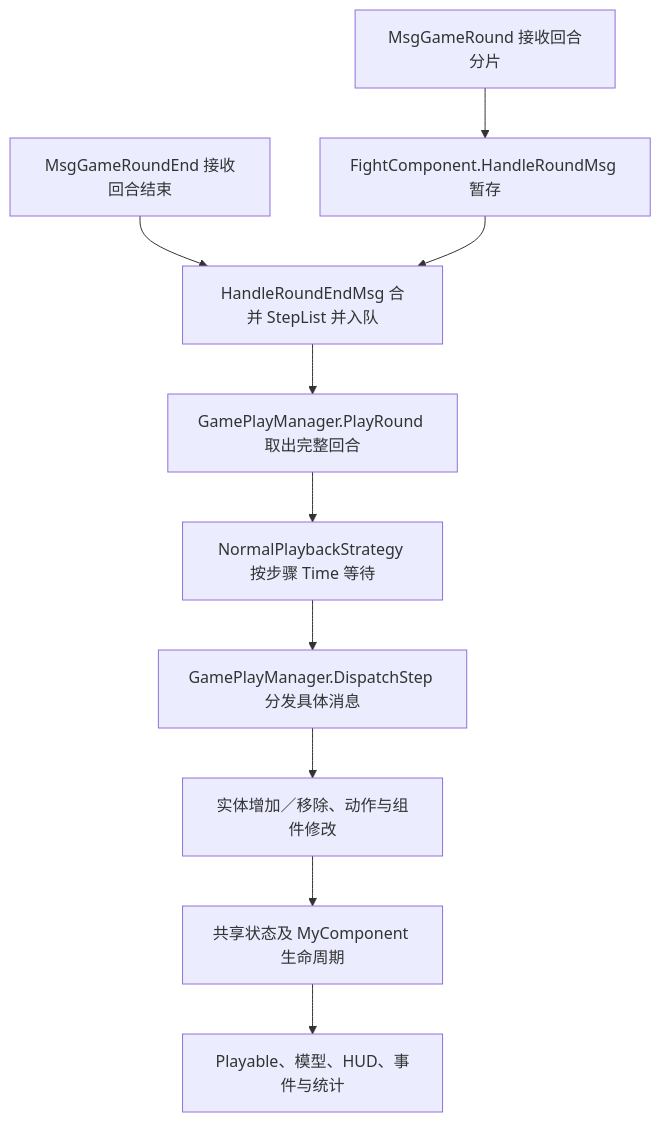
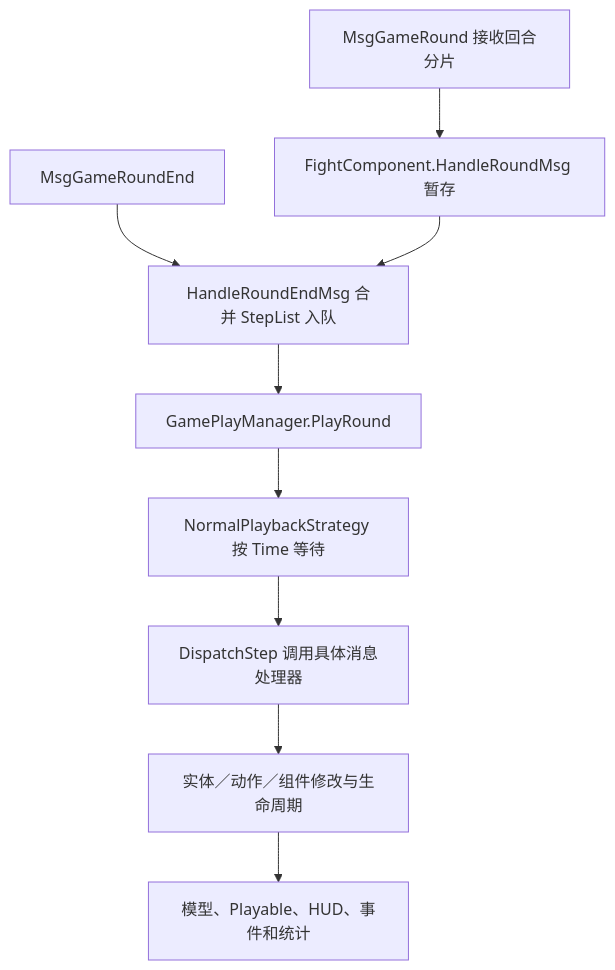
Before and after one commit to Totoro-debug/zjcs: the diagram in docs/features/battle-execution.md, drawn with Mermaid. The commit also changed other lines of this file and 1 other file, not shown here.

````diff
--- a/docs/features/battle-execution.md
+++ b/docs/features/battle-execution.md
@@ -47,12 +113,11 @@
 ```mermaid
 flowchart TD
     A[MsgGameRound 接收回合分片] --> B[FightComponent.HandleRoundMsg 暂存]
-    C[MsgGameRoundEnd 接收回合结束] --> D[HandleRoundEndMsg 合并 StepList 并入队]
+    C[MsgGameRoundEnd] --> D[HandleRoundEndMsg 合并 StepList 入队]
     B --> D
-    D --> E[GamePlayManager.PlayRound 取出完整回合]
-    E --> F[NormalPlaybackStrategy 按步骤 Time 等待]
-    F --> G[GamePlayManager.DispatchStep 分发具体消息]
-    G --> H[实体增加／移除、动作与组件修改]
-    H --> I[共享状态及 MyComponent 生命周期]
-    I --> J[Playable、模型、HUD、事件与统计]
+    D --> E[GamePlayManager.PlayRound]
+    E --> F[NormalPlaybackStrategy 按 Time 等待]
+    F --> G[DispatchStep 调用具体消息处理器]
+    G --> H[实体／动作／组件修改与生命周期]
+    H --> I[模型、Playable、HUD、事件和统计]
 ```
````
